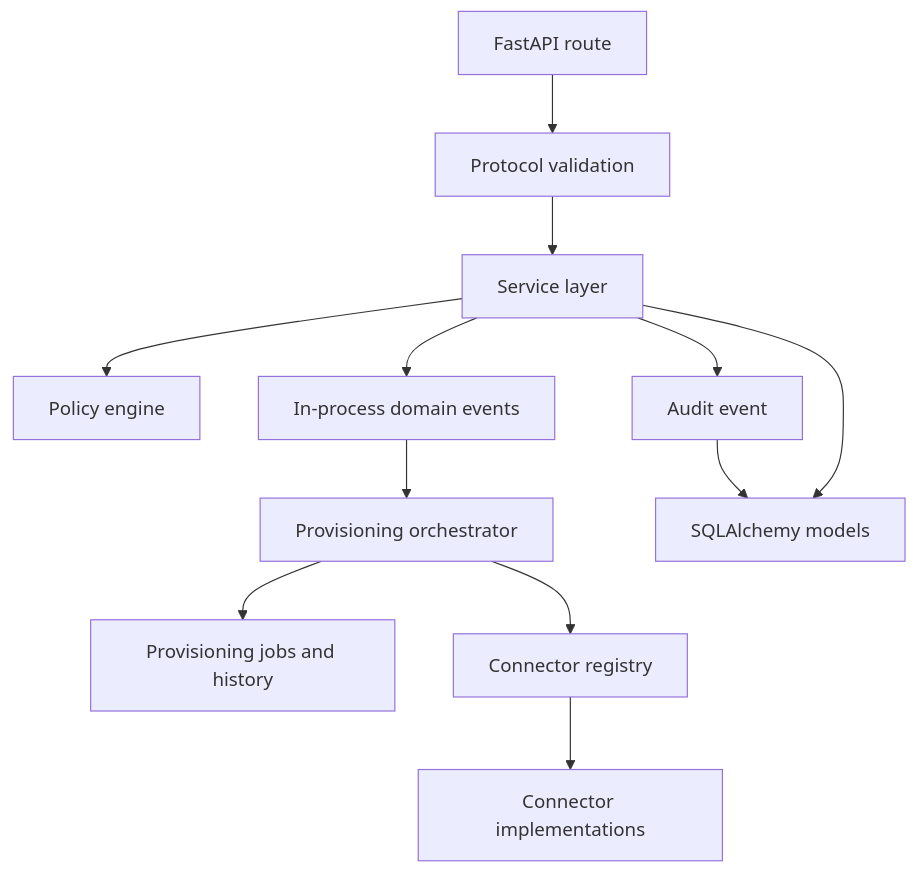
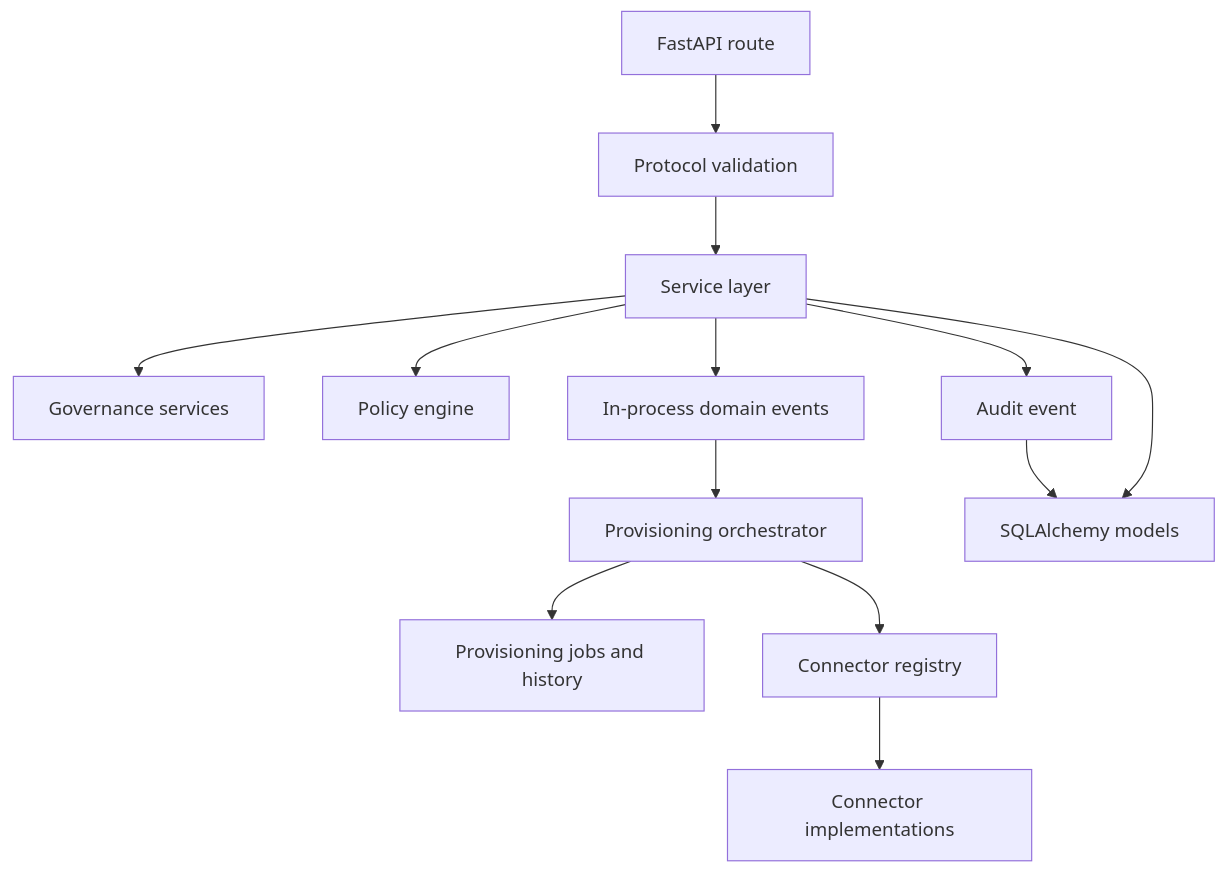
One commit to happelj/accessiq changed the second of 11 diagrams in docs/architecture.md. Above: the diagram before and after it, drawn with Mermaid. The commit also changed other lines of this file and 13 other files, not shown here.

````diff
--- a/docs/architecture.md
+++ b/docs/architecture.md
@@ -31,26 +35,28 @@
 ```mermaid
 flowchart TD
     Route["FastAPI route"]
     Validation["Protocol validation"]
     Service["Service layer"]
+    Governance["Governance services"]
     Policy["Policy engine"]
     Audit["Audit event"]
     Events["In-process domain events"]
     Orchestrator["Provisioning orchestrator"]
     Jobs["Provisioning jobs and history"]
     Registry["Connector registry"]
     Connectors["Connector implementations"]
     Database["SQLAlchemy models"]
 
     Route --> Validation
     Validation --> Service
+    Service --> Governance
     Service --> Policy
     Service --> Audit
     Service --> Events
     Events --> Orchestrator
     Orchestrator --> Jobs
     Orchestrator --> Registry
     Registry --> Connectors
     Audit --> Database
     Service --> Database
 ```
````
